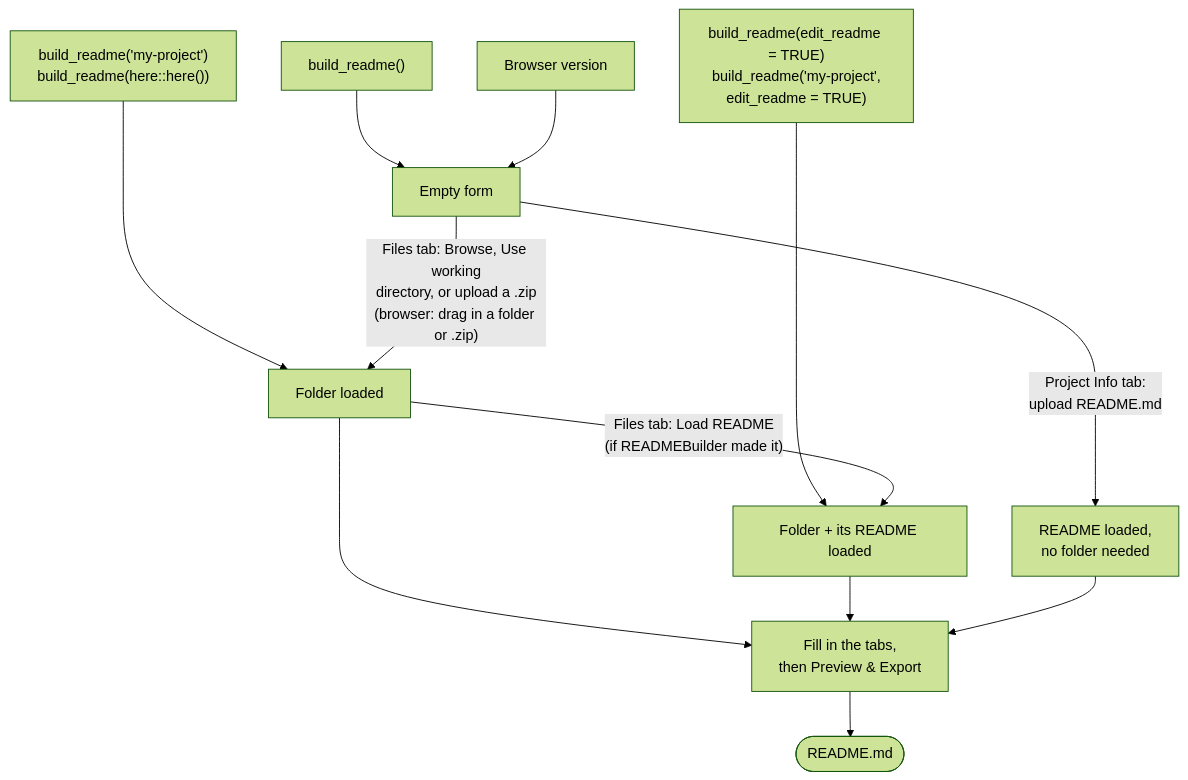
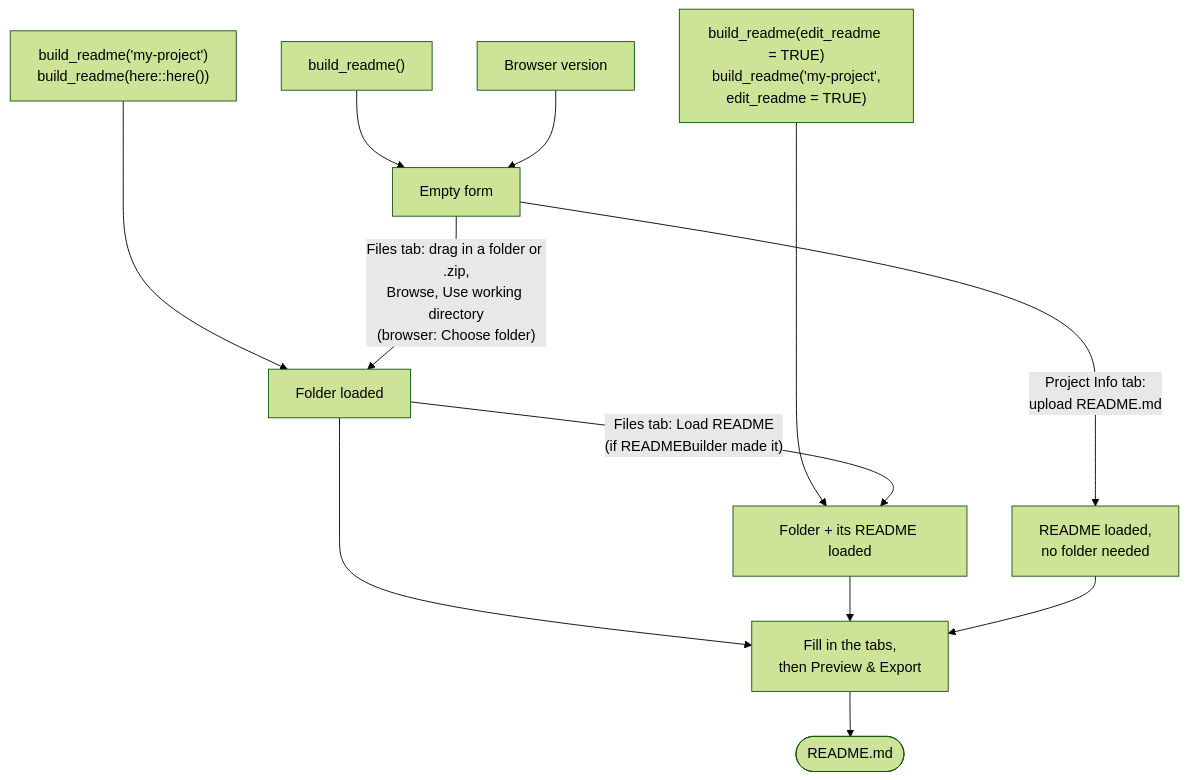
One commit to EIvimeyCook/READMEBuilder changed the diagram in README.md. Above: the diagram before and after it, drawn with Mermaid (forest theme). The commit also changed other lines of this file and 6 other files, not shown here.

````diff
--- a/README.md
+++ b/README.md
@@ -160,14 +160,14 @@
 ```mermaid
 flowchart TD
     A["build_readme()"] --> B["Empty form"]
     F["build_readme('my-project')<br/>build_readme(here::here())"] ---> C
     G["build_readme(edit_readme = TRUE)<br/>build_readme('my-project',<br/>edit_readme = TRUE)"] ----> D
     W["Browser version"] --> B
-    B -- "Files tab: Browse, Use working<br/>directory, or upload a .zip<br/>(browser: drag in a folder or .zip)" --> C["Folder loaded"]
+    B -- "Files tab: drag in a folder or .zip,<br/>Browse, Use working directory<br/>(browser: Choose folder)" --> C["Folder loaded"]
     B -- "Project Info tab:<br/>upload README.md" --> E["README loaded,<br/>no folder needed"]
     C -- "Files tab: Load README<br/>(if READMEBuilder made it)" --> D["Folder + its README loaded"]
     C --> H["Fill in the tabs,<br/>then Preview & Export"]
     D --> H
     E --> H
     H --> I(["README.md"])
 ```
````
